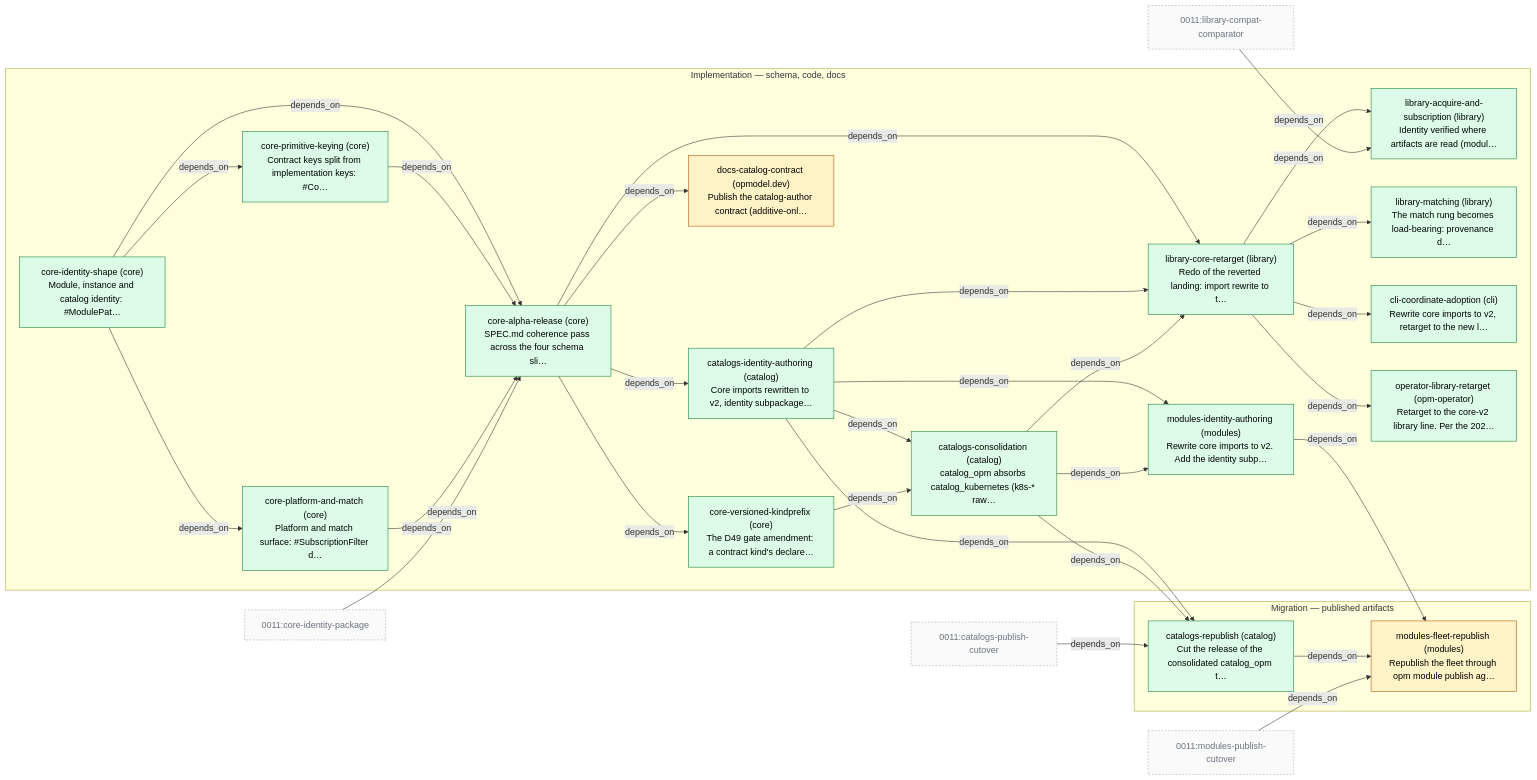
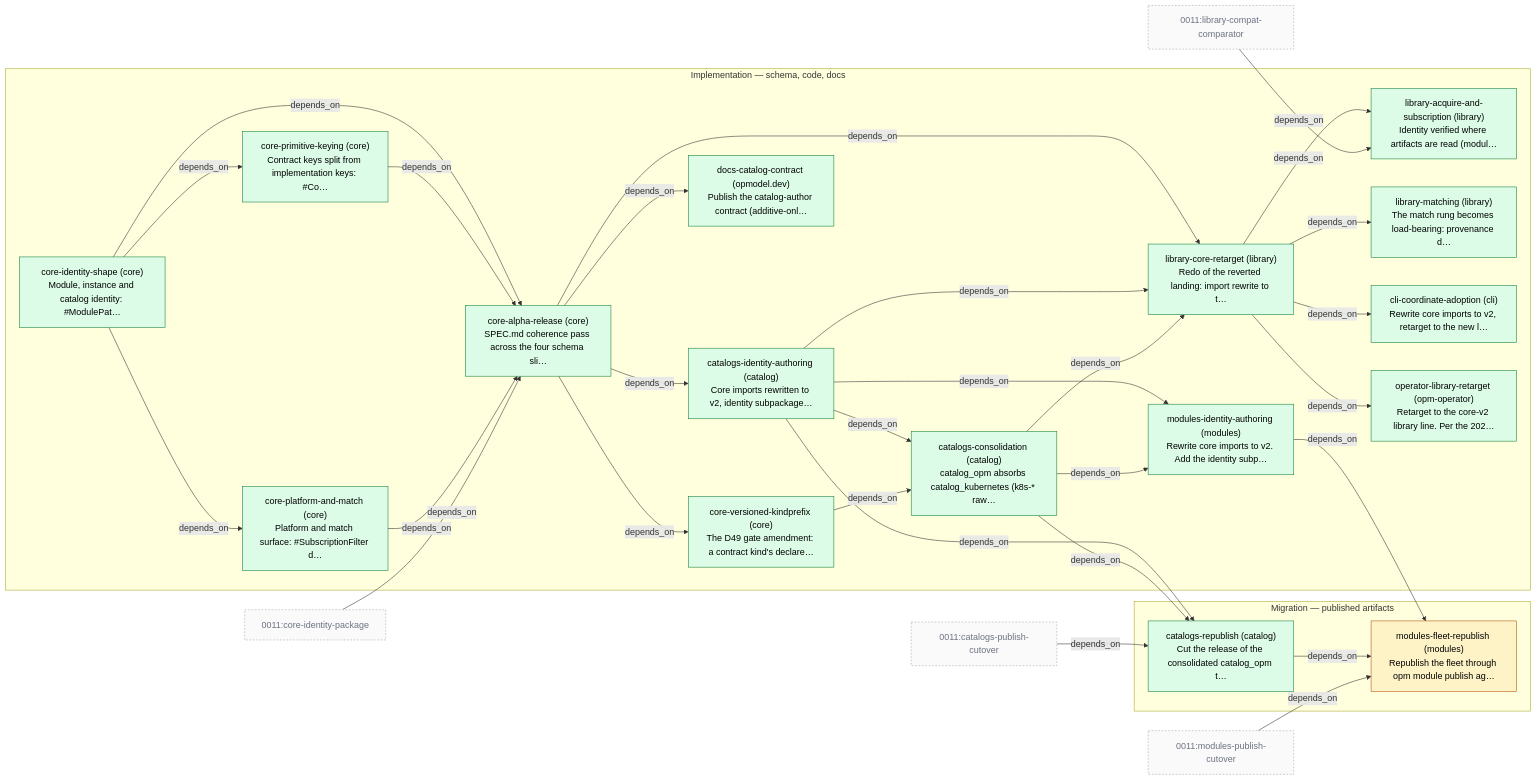
Before and after one commit to open-platform-model/enhancements: the diagram in 0010/PLAN.md, drawn with Mermaid. The commit also changed other lines of this file and 15 other files, not shown here.

````diff
--- a/0010/PLAN.md
+++ b/0010/PLAN.md
@@ -5,61 +5,61 @@
 ```mermaid
 graph LR
   classDef planned     fill:#fef3c7,stroke:#b45309,color:#000
   classDef in_progress fill:#dbeafe,stroke:#1d4ed8,color:#000
   classDef done        fill:#dcfce7,stroke:#15803d,color:#000
   classDef cancelled   fill:#e5e7eb,stroke:#6b7280,color:#6b7280
   classDef other       fill:#fafafa,stroke:#9ca3af,color:#6b7280,stroke-dasharray:3 3
 
   subgraph PHASE_IMPL["Implementation — schema, code, docs"]
     S_core-identity-shape["core-identity-shape (core)\nModule, instance and catalog identity: #ModulePat…"]:::done
     S_core-primitive-keying["core-primitive-keying (core)\nContract keys split from implementation keys: #Co…"]:::done
     S_core-platform-and-match["core-platform-and-match (core)\nPlatform and match surface: #SubscriptionFilter d…"]:::done
     S_core-alpha-release["core-alpha-release (core)\nSPEC.md coherence pass across the four schema sli…"]:::done
     S_core-versioned-kindprefix["core-versioned-kindprefix (core)\nThe D49 gate amendment: a contract kind's declare…"]:::done
     S_library-core-retarget["library-core-retarget (library)\nRedo of the reverted landing: import rewrite to t…"]:::done
     S_library-acquire-and-subscription["library-acquire-and-subscription (library)\nIdentity verified where artifacts are read (modul…"]:::done
     S_library-matching["library-matching (library)\nThe match rung becomes load-bearing: provenance d…"]:::done
-    S_docs-catalog-contract["docs-catalog-contract (opmodel.dev)\nPublish the catalog-author contract (additive-onl…"]:::planned
+    S_docs-catalog-contract["docs-catalog-contract (opmodel.dev)\nPublish the catalog-author contract (additive-onl…"]:::done
     S_cli-coordinate-adoption["cli-coordinate-adoption (cli)\nRewrite core imports to v2, retarget to the new l…"]:::done
     S_operator-library-retarget["operator-library-retarget (opm-operator)\nRetarget to the core-v2 library line. Per the 202…"]:::done
     S_catalogs-identity-authoring["catalogs-identity-authoring (catalog)\nCore imports rewritten to v2, identity subpackage…"]:::done
     S_catalogs-consolidation["catalogs-consolidation (catalog)\ncatalog_opm absorbs catalog_kubernetes (k8s-* raw…"]:::done
     S_modules-identity-authoring["modules-identity-authoring (modules)\nRewrite core imports to v2. Add the identity subp…"]:::done
   end
   subgraph PHASE_MIGR["Migration — published artifacts"]
     S_catalogs-republish["catalogs-republish (catalog)\nCut the release of the consolidated catalog_opm t…"]:::done
     S_modules-fleet-republish["modules-fleet-republish (modules)\nRepublish the fleet through opm module publish ag…"]:::planned
   end
 
   S_core-identity-shape -->|depends_on| S_core-primitive-keying
   S_core-identity-shape -->|depends_on| S_core-platform-and-match
   S_core-identity-shape -->|depends_on| S_core-alpha-release
   S_core-primitive-keying -->|depends_on| S_core-alpha-release
   S_core-platform-and-match -->|depends_on| S_core-alpha-release
   X_0011_core-identity-package["0011:core-identity-package"]:::other
   X_0011_core-identity-package -->|depends_on| S_core-alpha-release
   S_core-alpha-release -->|depends_on| S_core-versioned-kindprefix
   S_core-alpha-release -->|depends_on| S_library-core-retarget
   S_catalogs-identity-authoring -->|depends_on| S_library-core-retarget
   S_catalogs-consolidation -->|depends_on| S_library-core-retarget
   S_library-core-retarget -->|depends_on| S_library-acquire-and-subscription
   X_0011_library-compat-comparator["0011:library-compat-comparator"]:::other
   X_0011_library-compat-comparator -->|depends_on| S_library-acquire-and-subscription
   S_library-core-retarget -->|depends_on| S_library-matching
   S_core-alpha-release -->|depends_on| S_docs-catalog-contract
   S_library-core-retarget -->|depends_on| S_cli-coordinate-adoption
   S_library-core-retarget -->|depends_on| S_operator-library-retarget
   S_core-alpha-release -->|depends_on| S_catalogs-identity-authoring
   S_catalogs-identity-authoring -->|depends_on| S_catalogs-consolidation
   S_core-versioned-kindprefix -->|depends_on| S_catalogs-consolidation
   S_catalogs-identity-authoring -->|depends_on| S_modules-identity-authoring
   S_catalogs-consolidation -->|depends_on| S_modules-identity-authoring
   S_catalogs-identity-authoring -->|depends_on| S_catalogs-republish
   S_catalogs-consolidation -->|depends_on| S_catalogs-republish
   X_0011_catalogs-publish-cutover["0011:catalogs-publish-cutover"]:::other
   X_0011_catalogs-publish-cutover -->|depends_on| S_catalogs-republish
   S_catalogs-republish -->|depends_on| S_modules-fleet-republish
   S_modules-identity-authoring -->|depends_on| S_modules-fleet-republish
   X_0011_modules-publish-cutover["0011:modules-publish-cutover"]:::other
   X_0011_modules-publish-cutover -->|depends_on| S_modules-fleet-republish
 ```
````
